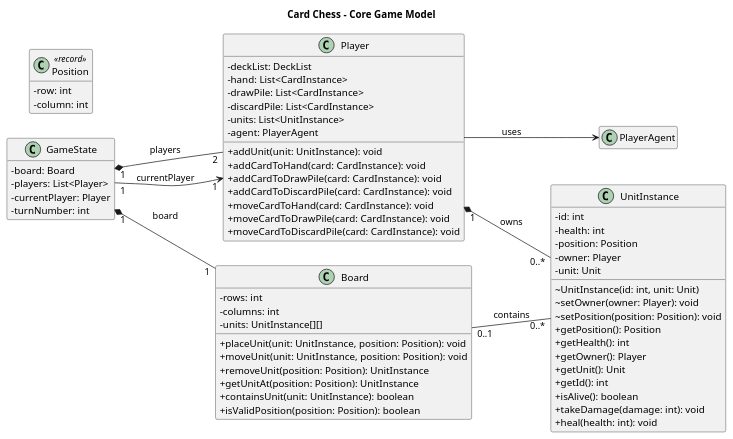
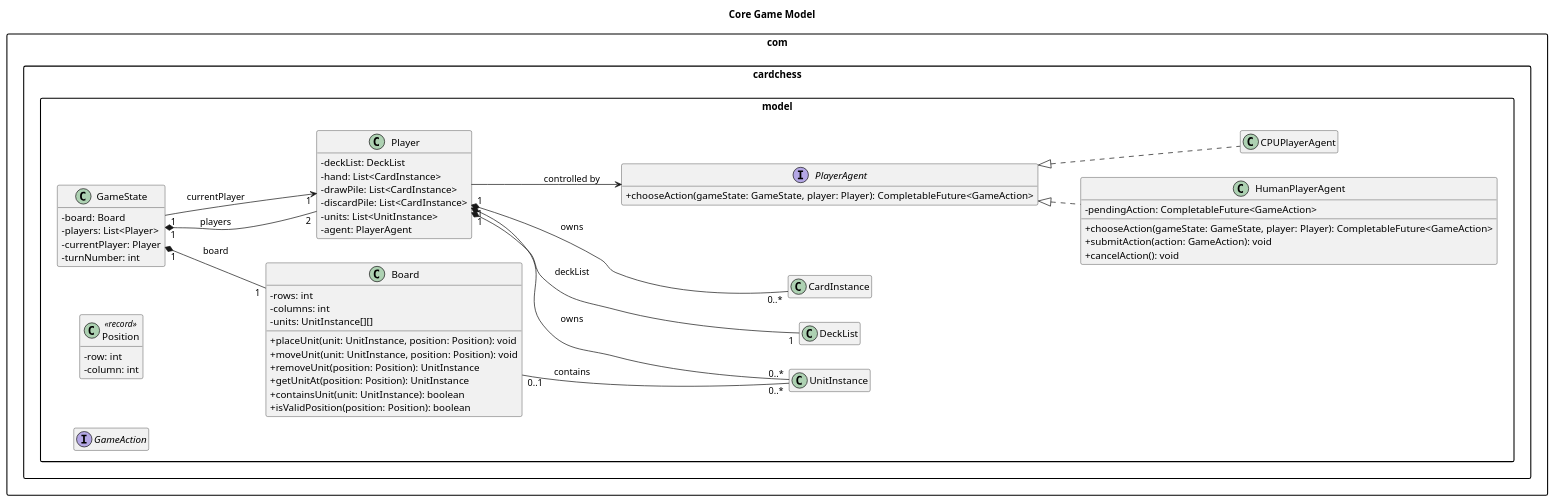
The diagram in demo/docs/CoreGameModel.puml (its-me-jon/cardChess), drawn with PlantUML before and after one commit. The commit also changed 4 other files, not shown here.

Commit message:
Update/Reformat UML

```diff
--- a/demo/docs/CoreGameModel.puml
+++ b/demo/docs/CoreGameModel.puml
@@ -1,76 +1,99 @@
 @startuml
-title Card Chess - Core Game Model
+title Core Game Model
+
+left to right direction
 
 skinparam classAttributeIconSize 0
+skinparam packageStyle rectangle
 hide empty members
-left to right direction
 
-class GameState {
-    - board: Board
-    - players: List<Player>
-    - currentPlayer: Player
-    - turnNumber: int
+package "com.cardchess.model" {
+
+  ' Game State and Board
+
+  together {
+    class GameState {
+      - board: Board
+      - players: List<Player>
+      - currentPlayer: Player
+      - turnNumber: int
+    }
+
+    class Player {
+      - deckList: DeckList
+      - hand: List<CardInstance>
+      - drawPile: List<CardInstance>
+      - discardPile: List<CardInstance>
+      - units: List<UnitInstance>
+      - agent: PlayerAgent
+    }
+
+    class Board {
+      - rows: int
+      - columns: int
+      - units: UnitInstance[][]
+      + placeUnit(unit: UnitInstance, position: Position): void
+      + moveUnit(unit: UnitInstance, position: Position): void
+      + removeUnit(position: Position): UnitInstance
+      + getUnitAt(position: Position): UnitInstance
+      + containsUnit(unit: UnitInstance): boolean
+      + isValidPosition(position: Position): boolean
+    }
+
+    class Position <<record>> {
+      - row: int
+      - column: int
+    }
+  }
+
+  ' Player Agents
+
+  together {
+    interface PlayerAgent {
+      + chooseAction(gameState: GameState, player: Player): CompletableFuture<GameAction>
+    }
+
+    class HumanPlayerAgent {
+      - pendingAction: CompletableFuture<GameAction>
+      + chooseAction(gameState: GameState, player: Player): CompletableFuture<GameAction>
+      + submitAction(action: GameAction): void
+      + cancelAction(): void
+    }
+
+    class CPUPlayerAgent
+  }
+
+  ' Supporting Types
+
+  class DeckList
+  class CardInstance
+  class UnitInstance
+  interface GameAction
 }
 
-class Player {
-    - deckList: DeckList
-    - hand: List<CardInstance>
-    - drawPile: List<CardInstance>
-    - discardPile: List<CardInstance>
-    - units: List<UnitInstance>
-    - agent: PlayerAgent
-    + addUnit(unit: UnitInstance): void
-    + addCardToHand(card: CardInstance): void
-    + addCardToDrawPile(card: CardInstance): void
-    + addCardToDiscardPile(card: CardInstance): void
-    + moveCardToHand(card: CardInstance): void
-    + moveCardToDrawPile(card: CardInstance): void
-    + moveCardToDiscardPile(card: CardInstance): void
-}
+' Model Inheritance
 
-class Board {
-    - rows: int
-    - columns: int
-    - units: UnitInstance[][]
-    + placeUnit(unit: UnitInstance, position: Position): void
-    + moveUnit(unit: UnitInstance, position: Position): void
-    + removeUnit(position: Position): UnitInstance
-    + getUnitAt(position: Position): UnitInstance
-    + containsUnit(unit: UnitInstance): boolean
-    + isValidPosition(position: Position): boolean
-}
+PlayerAgent <|.. HumanPlayerAgent
+PlayerAgent <|.. CPUPlayerAgent
 
-class UnitInstance {
-    - id: int
-    - health: int
-    - position: Position
-    - owner: Player
-    - unit: Unit
-    ~ UnitInstance(id: int, unit: Unit)
-    ~ setOwner(owner: Player): void
-    ~ setPosition(position: Position): void
-    + getPosition(): Position
-    + getHealth(): int
-    + getOwner(): Player
-    + getUnit(): Unit
-    + getId(): int
-    + isAlive(): boolean
-    + takeDamage(damage: int): void
-    + heal(health: int): void
-}
+' Model Relationships
 
-class Position <<record>> {
-    - row: int
-    - column: int
-}
+' Game State and Board
 
 GameState "1" *-- "1" Board : board
 GameState "1" *-- "2" Player : players
 GameState "1" --> "1" Player : currentPlayer
 
-Player "1" *-- "0..*" UnitInstance : owns
 Board "0..1" -- "0..*" UnitInstance : contains
 
-Player --> PlayerAgent : uses
+' Player Relationships
+
+Player "1" *-- "1" DeckList : deckList
+Player "1" *-- "0..*" CardInstance : owns
+Player "1" *-- "0..*" UnitInstance : owns
+
+' Player Agents
+
+Player --> PlayerAgent : controlled by
 
 @enduml
```
